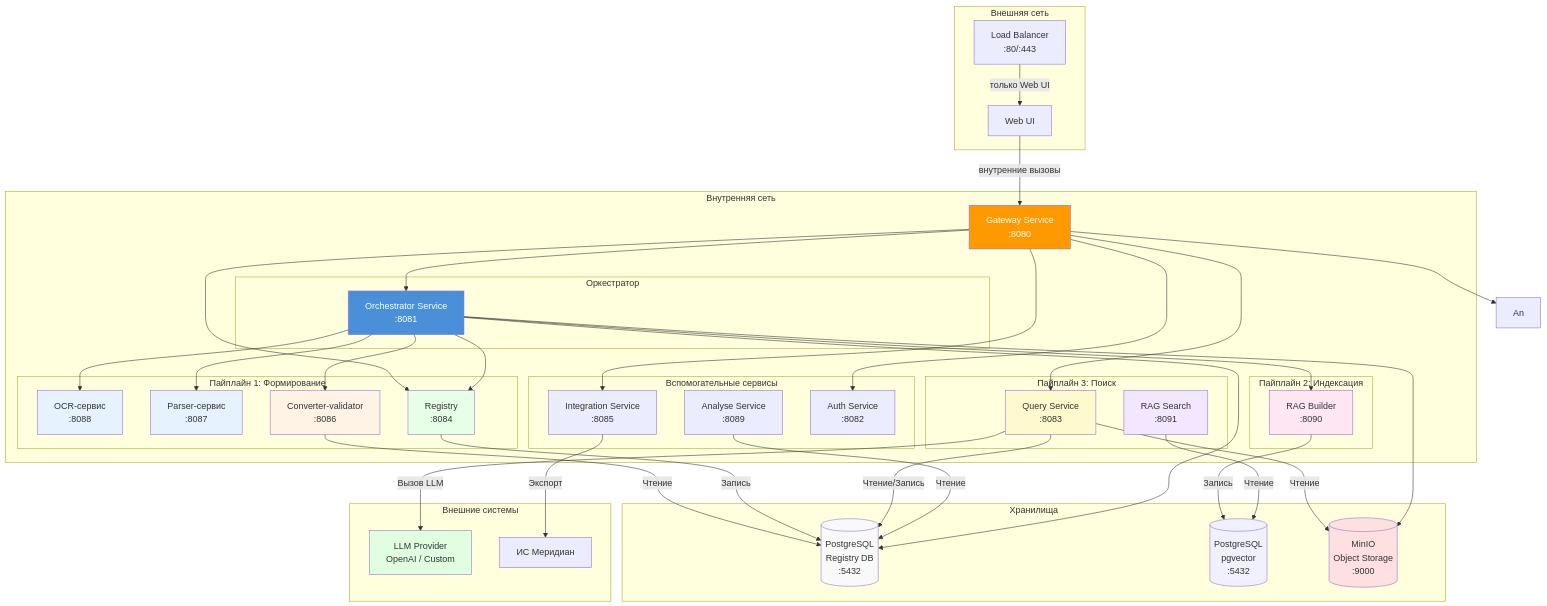
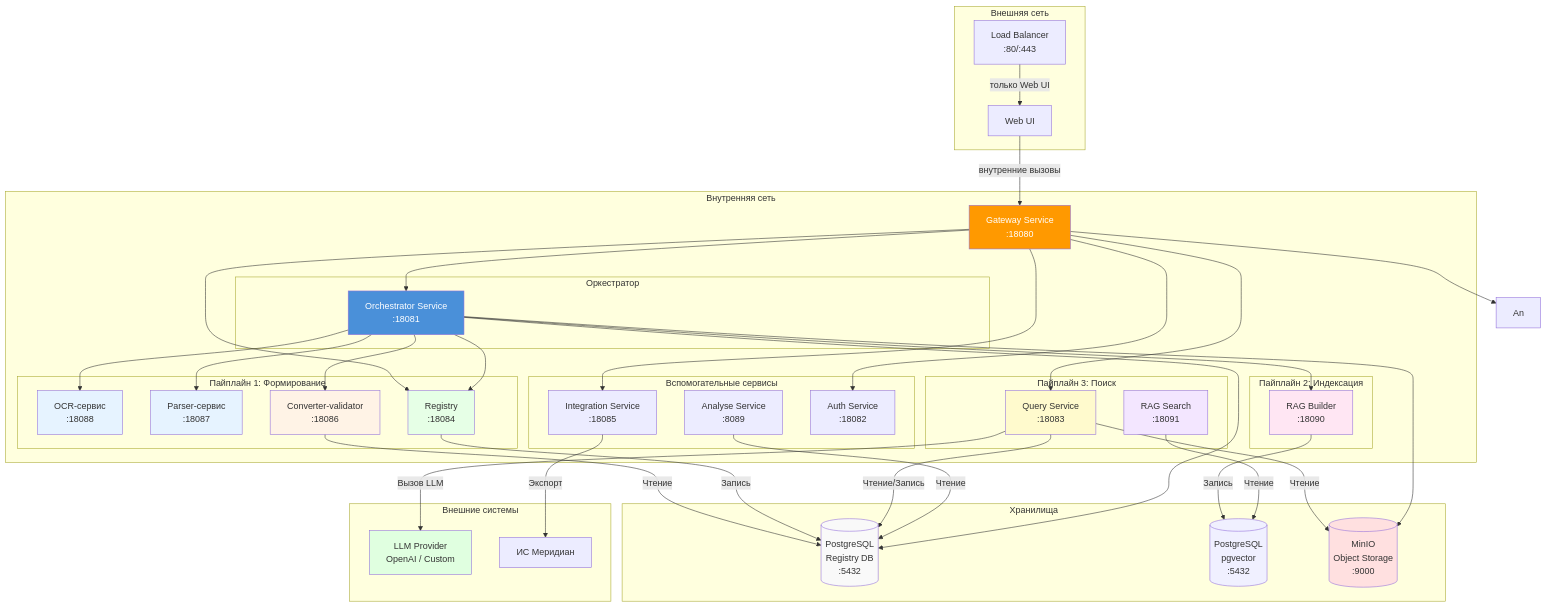
The fourth of 4 diagrams in backend/service_checker/docs/pipelines/overview.md (MasterKSAF/PKB), drawn with Mermaid before and after one commit. The commit also changed other lines of this file and 25 other files, not shown here.

```diff
--- a/backend/service_checker/docs/pipelines/overview.md
+++ b/backend/service_checker/docs/pipelines/overview.md
@@ -427,32 +427,32 @@
     end
 
     subgraph "Внутренняя сеть"
-        GW[Gateway Service<br/>:8080]
+        GW[Gateway Service<br/>:18080]
 
         subgraph "Оркестратор"
-            Orch[Orchestrator Service<br/>:8081]
+            Orch[Orchestrator Service<br/>:18081]
         end
 
         subgraph "Пайплайн 1: Формирование"
-            OCR[OCR-сервис<br/>:8088]
-            Pars[Parser-сервис<br/>:8087]
-            CV[Converter-validator<br/>:8086]
-            Reg[Registry<br/>:8084]
+            OCR[OCR-сервис<br/>:18088]
+            Pars[Parser-сервис<br/>:18087]
+            CV[Converter-validator<br/>:18086]
+            Reg[Registry<br/>:18084]
         end
 
         subgraph "Пайплайн 2: Индексация"
-            RAGb[RAG Builder<br/>:8090]
+            RAGb[RAG Builder<br/>:18090]
         end
 
         subgraph "Пайплайн 3: Поиск"
-            QS[Query Service<br/>:8083]
-            RAGs[RAG Search<br/>:8091]
+            QS[Query Service<br/>:18083]
+            RAGs[RAG Search<br/>:18091]
         end
 
         subgraph "Вспомогательные сервисы"
             AS[Analyse Service<br/>:8089]
-            IS[Integration Service<br/>:8085]
-            Auth[Auth Service<br/>:8082]
+            IS[Integration Service<br/>:18085]
+            Auth[Auth Service<br/>:18082]
         end
     end
 
```
